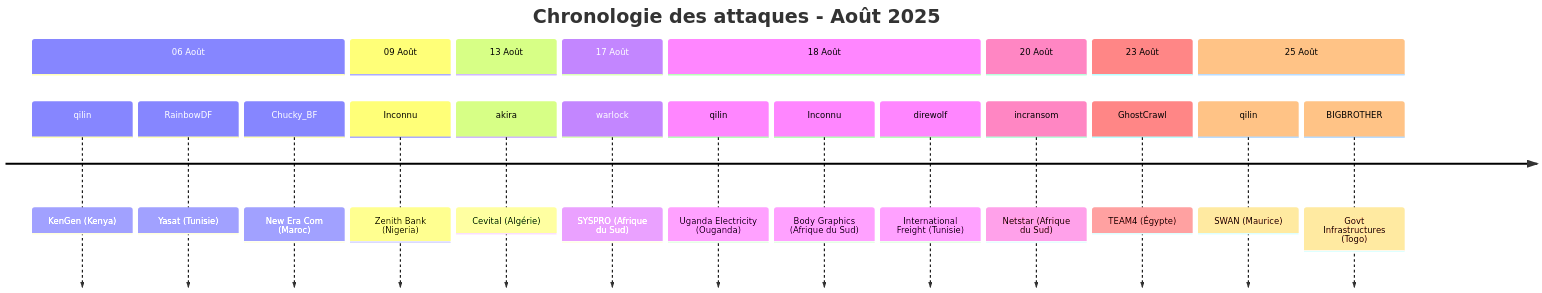
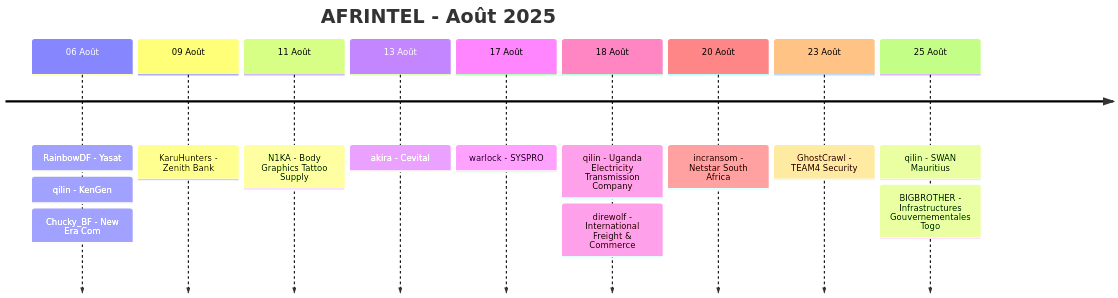
Before and after one commit to Hatchepsoute/AFRINTEL: the third of 3 diagrams in CyberAttackAfrica/2025/08-august/README_FR.md, drawn with Mermaid. The commit also changed other lines of this file and 35 other files, not shown here.

````diff
--- a/CyberAttackAfrica/2025/08-august/README_FR.md
+++ b/CyberAttackAfrica/2025/08-august/README_FR.md
@@ -207,26 +236,17 @@
 ```mermaid
 timeline
-    title Chronologie des attaques - Août 2025
-
-    section 06 Août
-        qilin : KenGen (Kenya)
-        RainbowDF : Yasat (Tunisie)
-        Chucky_BF : New Era Com (Maroc)
-    section 09 Août
-        Inconnu : Zenith Bank (Nigeria)
-    section 13 Août
-        akira : Cevital (Algérie)
-    section 17 Août
-        warlock : SYSPRO (Afrique du Sud)
-    section 18 Août
-        qilin : Uganda Electricity (Ouganda)
-        Inconnu : Body Graphics (Afrique du Sud)
-        direwolf : International Freight (Tunisie)
-    section 20 Août
-        incransom : Netstar (Afrique du Sud)
-    section 23 Août
-        GhostCrawl : TEAM4 (Égypte)
-    section 25 Août
-        qilin : SWAN (Maurice)
-        BIGBROTHER : Govt Infrastructures (Togo)
+    title AFRINTEL - Août 2025
+    06 Août : RainbowDF - Yasat
+            : qilin - KenGen
+            : Chucky_BF - New Era Com
+    09 Août : KaruHunters - Zenith Bank
+    11 Août : N1KA - Body Graphics Tattoo Supply
+    13 Août : akira - Cevital
+    17 Août : warlock - SYSPRO
+    18 Août : qilin - Uganda Electricity Transmission Company
+            : direwolf - International Freight & Commerce
+    20 Août : incransom - Netstar South Africa
+    23 Août : GhostCrawl - TEAM4 Security
+    25 Août : qilin - SWAN Mauritius
+            : BIGBROTHER - Infrastructures Gouvernementales Togo
 ```
````
